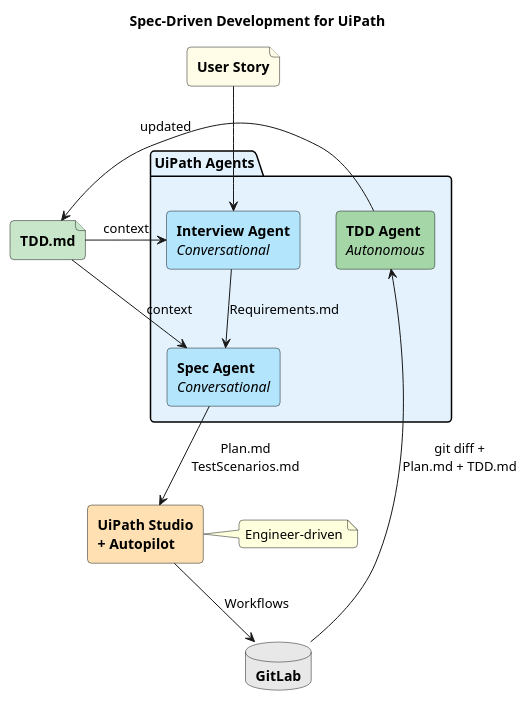
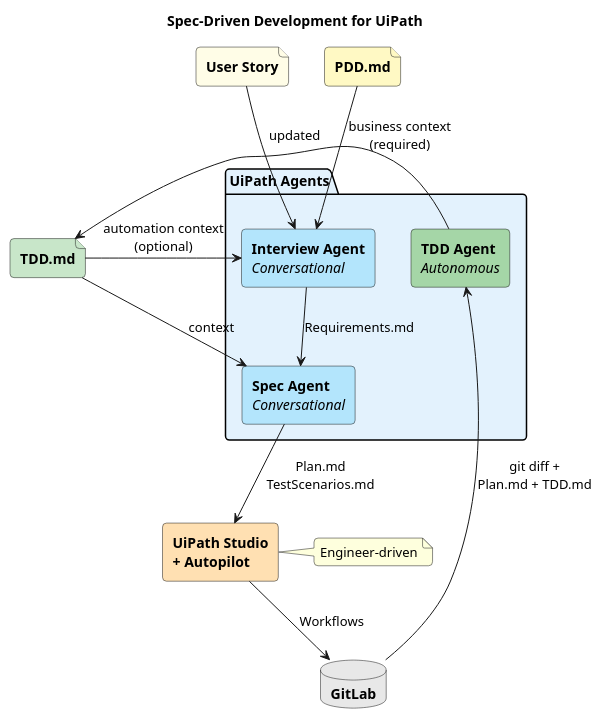
Before and after one commit to eddiefleurent/uipath-spec-driven-development: the first of 2 diagrams in architecture.puml, drawn with PlantUML. The commit also changed other lines of this file and 10 other files, not shown here.

First line of the commit message:
Add PDD (Process Definition Document) as required input to Interview Agent

```diff
--- a/architecture.puml
+++ b/architecture.puml
@@ -1,31 +1,33 @@
 @startuml architecture
 skinparam backgroundColor #FFFFFF
 skinparam defaultFontName Arial
 skinparam shadowing false
 skinparam roundcorner 8
 
 title Spec-Driven Development for UiPath
 
 file "**User Story**" as Story #FFFDE7
+file "**PDD.md**" as PDD #FFF9C4
 file "**TDD.md**" as TDD #C8E6C9
 
 package "UiPath Agents" #E3F2FD {
     rectangle "**Interview Agent**\n//Conversational//" as Interview #B3E5FC
     rectangle "**Spec Agent**\n//Conversational//" as Spec #B3E5FC
     rectangle "**TDD Agent**\n//Autonomous//" as TDDAgent #A5D6A7
 }
 
 rectangle "**UiPath Studio**\n**+ Autopilot**" as Studio #FFE0B2
 note right of Studio : Engineer-driven
 database "**GitLab**" as Git #E8E8E8
 
 Story --> Interview
-TDD --> Interview : context
+PDD --> Interview : business context\n(required)
+TDD --> Interview : automation context\n(optional)
 TDD --> Spec : context
 Interview --> Spec : Requirements.md
 Spec --> Studio : Plan.md\nTestScenarios.md
 Studio --> Git : Workflows
 Git --> TDDAgent : git diff +\nPlan.md + TDD.md
 TDDAgent --> TDD : updated
 
 @enduml
```
